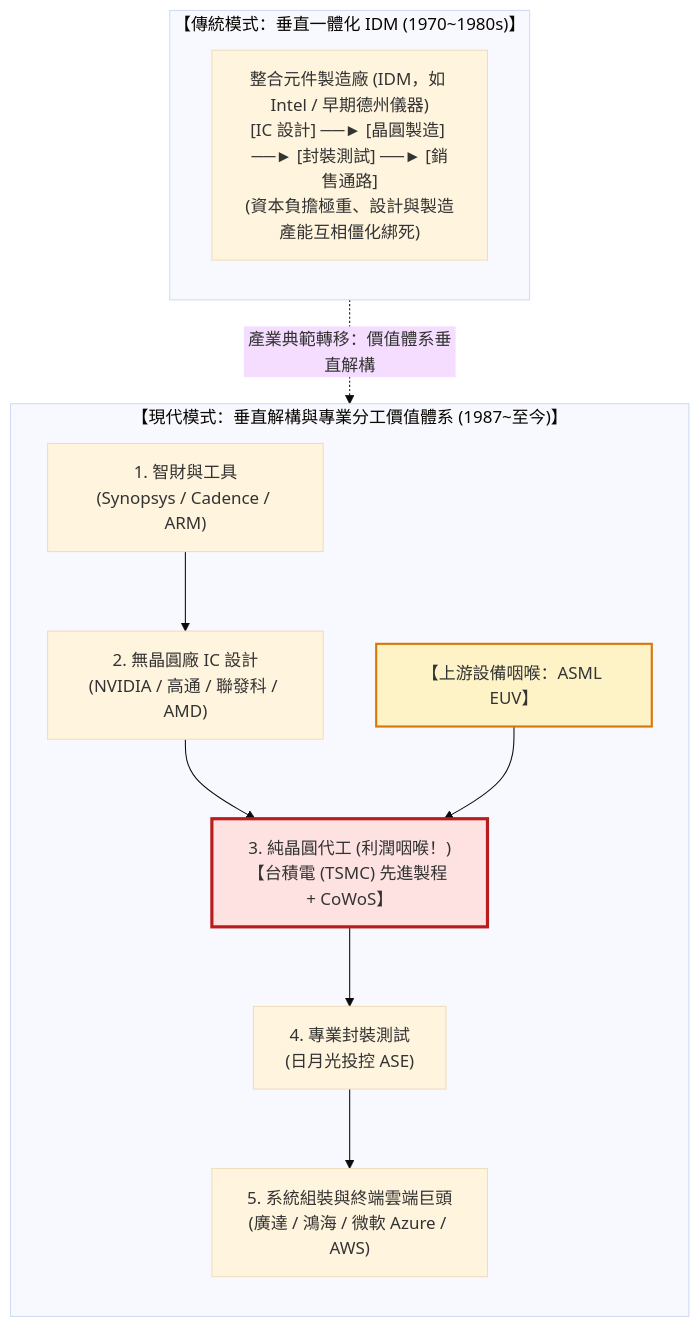
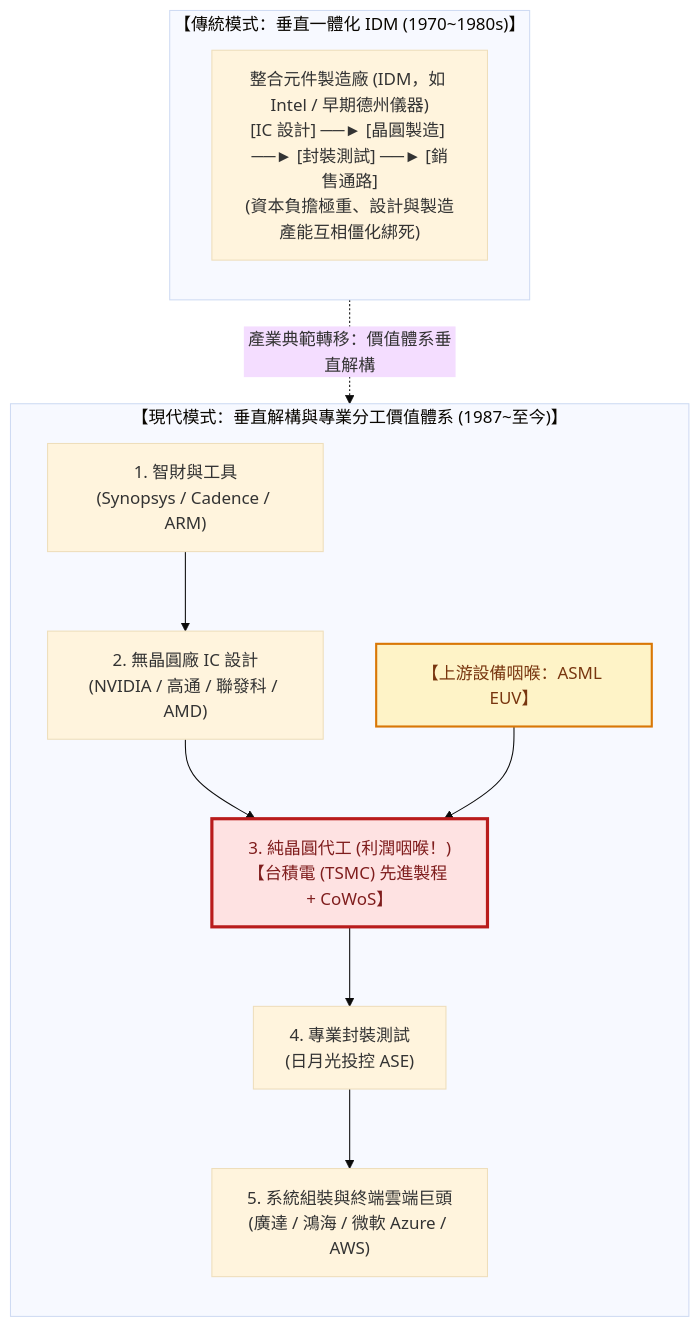
One commit to Jimlin0428/my-digital-garden changed the third of 4 diagrams in src/site/notes/98_商業概念庫/value-system_產業價值體系.md. Above: the diagram before and after it, drawn with Mermaid (base theme). The commit also changed other lines of this file and 99 other files, not shown here.

````diff
--- a/src/site/notes/98_商業概念庫/value-system_產業價值體系.md
+++ b/src/site/notes/98_商業概念庫/value-system_產業價值體系.md
@@ -365,21 +365,21 @@
 ```mermaid
 flowchart TD
     subgraph TraditionalIDM ["【傳統模式：垂直一體化 IDM (1970~1980s)】"]
         direction TB
         IDM["整合元件製造廠 (IDM，如 Intel / 早期德州儀器)<br/>[IC 設計] ──► [晶圓製造] ──► [封裝測試] ──► [銷售通路]<br/>(資本負擔極重、設計與製造產能互相僵化綁死)"]
     end
 
     subgraph DisintegratedValueSystem ["【現代模式：垂直解構與專業分工價值體系 (1987~至今)】"]
         direction TB
         EDA["1. 智財與工具<br/>(Synopsys / Cadence / ARM)"] --> Fabless["2. 無晶圓廠 IC 設計<br/>(NVIDIA / 高通 / 聯發科 / AMD)"]
         Fabless --> TSMC["3. 純晶圓代工 (利潤咽喉！)<br/>【台積電 (TSMC) 先進製程 + CoWoS】"]
         Equipment["【上游設備咽喉：ASML EUV】"] --> TSMC
         TSMC --> OSAT["4. 專業封裝測試<br/>(日月光投控 ASE)"]
         OSAT --> Systems["5. 系統組裝與終端雲端巨頭<br/>(廣達 / 鴻海 / 微軟 Azure / AWS)"]
     end
 
     TraditionalIDM -. "產業典範轉移：價值體系垂直解構" .-> DisintegratedValueSystem
 
-    style TSMC fill:#fee2e2,stroke:#b91c1c,stroke-width:3px
-    style Equipment fill:#fef3c7,stroke:#d97706,stroke-width:2px
+    style TSMC fill:#fee2e2,stroke:#b91c1c,stroke-width:3px,color:#7f1d1d
+    style Equipment fill:#fef3c7,stroke:#d97706,stroke-width:2px,color:#78350f
 ```
````
